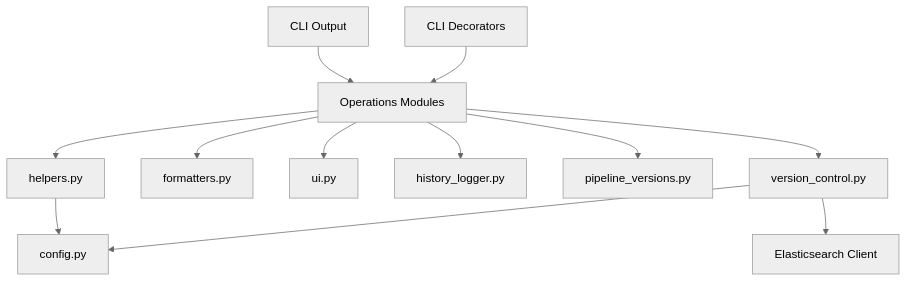
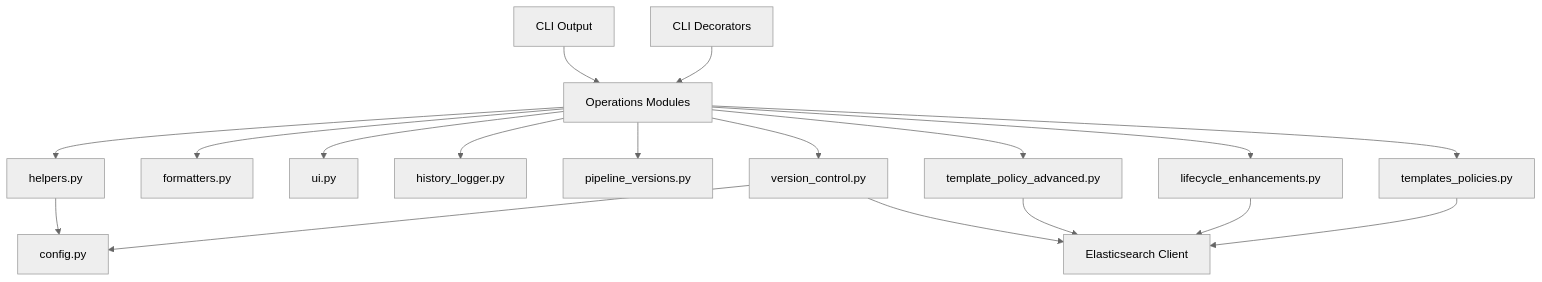
The second of 16 diagrams in .qoder/repowiki/en/content/Utility Functions and Helpers.md (austinsonger/elastic-janitor), drawn with Mermaid (neutral theme) before and after one commit. The commit also changed other lines of this file and 51 other files, not shown here.

````diff
--- a/.qoder/repowiki/en/content/Utility Functions and Helpers.md
+++ b/.qoder/repowiki/en/content/Utility Functions and Helpers.md
@@ -165,14 +206,20 @@
 ```mermaid
 graph TB
 OP["Operations Modules"] --> H["helpers.py"]
 OP --> F["formatters.py"]
 OP --> UI["ui.py"]
 OP --> HL["history_logger.py"]
 OP --> PV["pipeline_versions.py"]
 OP --> VC["version_control.py"]
+OP --> TPA["template_policy_advanced.py"]
+OP --> LE["lifecycle_enhancements.py"]
+OP --> TP["templates_policies.py"]
 VC --> ES["Elasticsearch Client"]
 H --> CFG["config.py"]
 VC --> CFG
 OUT["CLI Output"] --> OP
 DEC["CLI Decorators"] --> OP
+TPA --> ES
+LE --> ES
+TP --> ES
 ```
````
